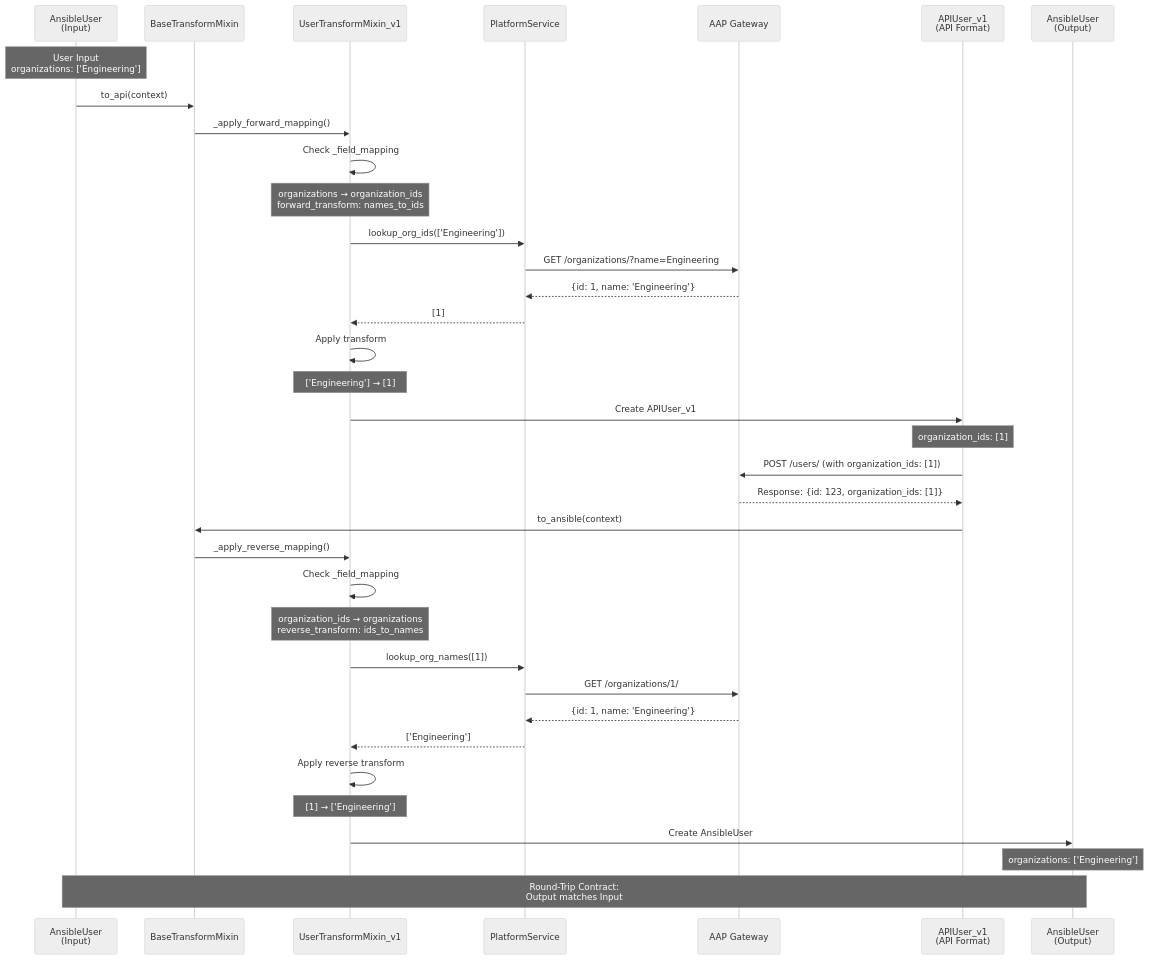
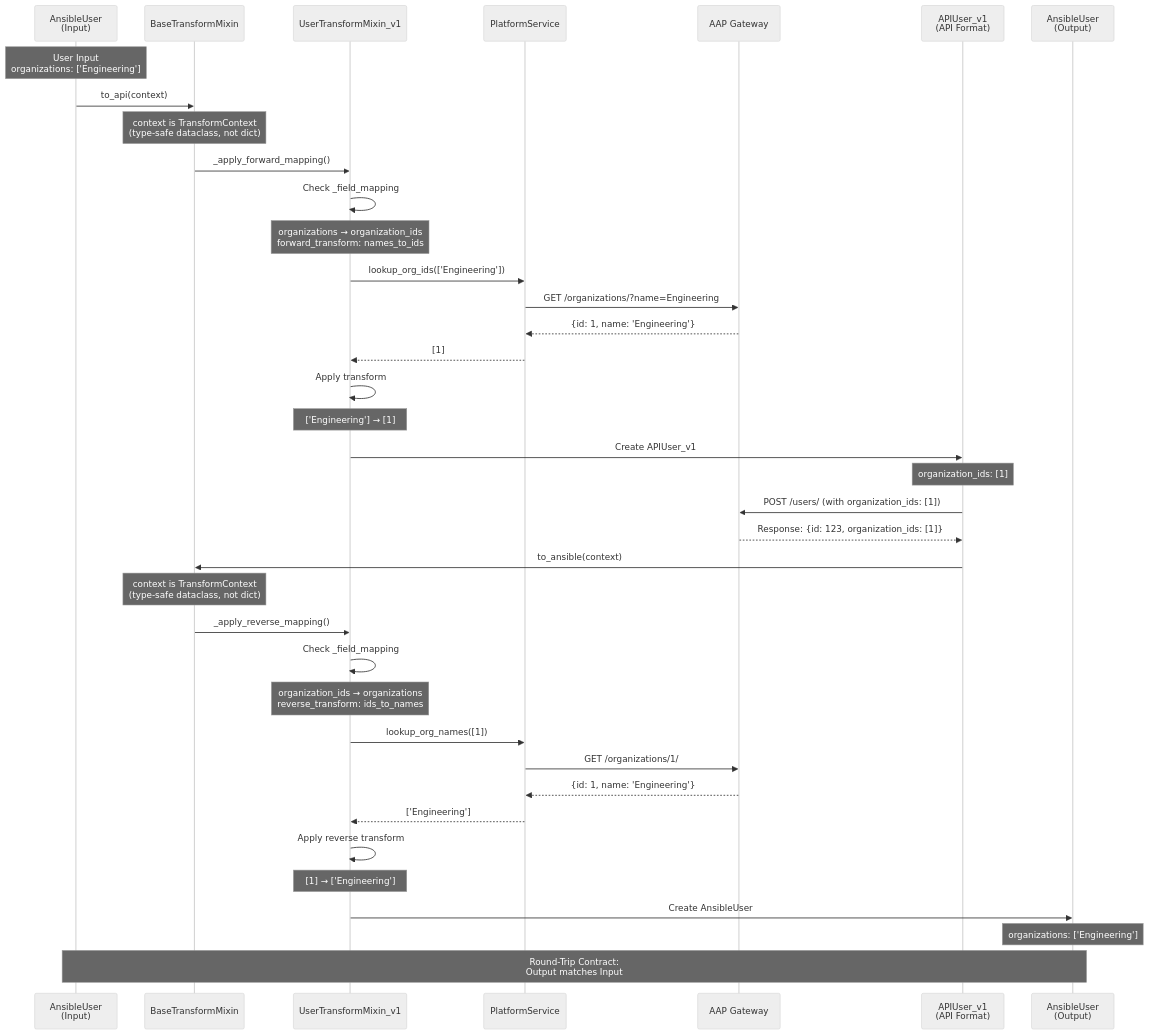
The eighth of 12 diagrams in docs/ARCHITECTURE_DIAGRAMS.md (ansible/ansible.platform), drawn with Mermaid (neutral theme) before and after one commit. The commit also changed other lines of this file and 19 other files, not shown here.

````diff
--- a/docs/ARCHITECTURE_DIAGRAMS.md
+++ b/docs/ARCHITECTURE_DIAGRAMS.md
@@ -344,47 +354,49 @@
 ```mermaid
 sequenceDiagram
     participant AD as AnsibleUser<br/>(Input)
     participant BT as BaseTransformMixin
     participant TM as UserTransformMixin_v1
     participant PS as PlatformService
     participant API as AAP Gateway
     participant APD as APIUser_v1<br/>(API Format)
     participant AD2 as AnsibleUser<br/>(Output)
 
     Note over AD: User Input<br/>organizations: ['Engineering']
     
     AD->>BT: to_api(context)
+    Note over BT: context is TransformContext<br/>(type-safe dataclass, not dict)
     BT->>TM: _apply_forward_mapping()
     TM->>TM: Check _field_mapping
     Note over TM: organizations → organization_ids<br/>forward_transform: names_to_ids
     
     TM->>PS: lookup_org_ids(['Engineering'])
     PS->>API: GET /organizations/?name=Engineering
     API-->>PS: {id: 1, name: 'Engineering'}
     PS-->>TM: [1]
     
     TM->>TM: Apply transform
     Note over TM: ['Engineering'] → [1]
     TM->>APD: Create APIUser_v1
     Note over APD: organization_ids: [1]
     
     APD->>API: POST /users/ (with organization_ids: [1])
     API-->>APD: Response: {id: 123, organization_ids: [1]}
     
     APD->>BT: to_ansible(context)
+    Note over BT: context is TransformContext<br/>(type-safe dataclass, not dict)
     BT->>TM: _apply_reverse_mapping()
     TM->>TM: Check _field_mapping
     Note over TM: organization_ids → organizations<br/>reverse_transform: ids_to_names
     
     TM->>PS: lookup_org_names([1])
     PS->>API: GET /organizations/1/
     API-->>PS: {id: 1, name: 'Engineering'}
     PS-->>TM: ['Engineering']
     
     TM->>TM: Apply reverse transform
     Note over TM: [1] → ['Engineering']
     TM->>AD2: Create AnsibleUser
     Note over AD2: organizations: ['Engineering']
     
     Note over AD,AD2: Round-Trip Contract:<br/>Output matches Input
 ```
````
